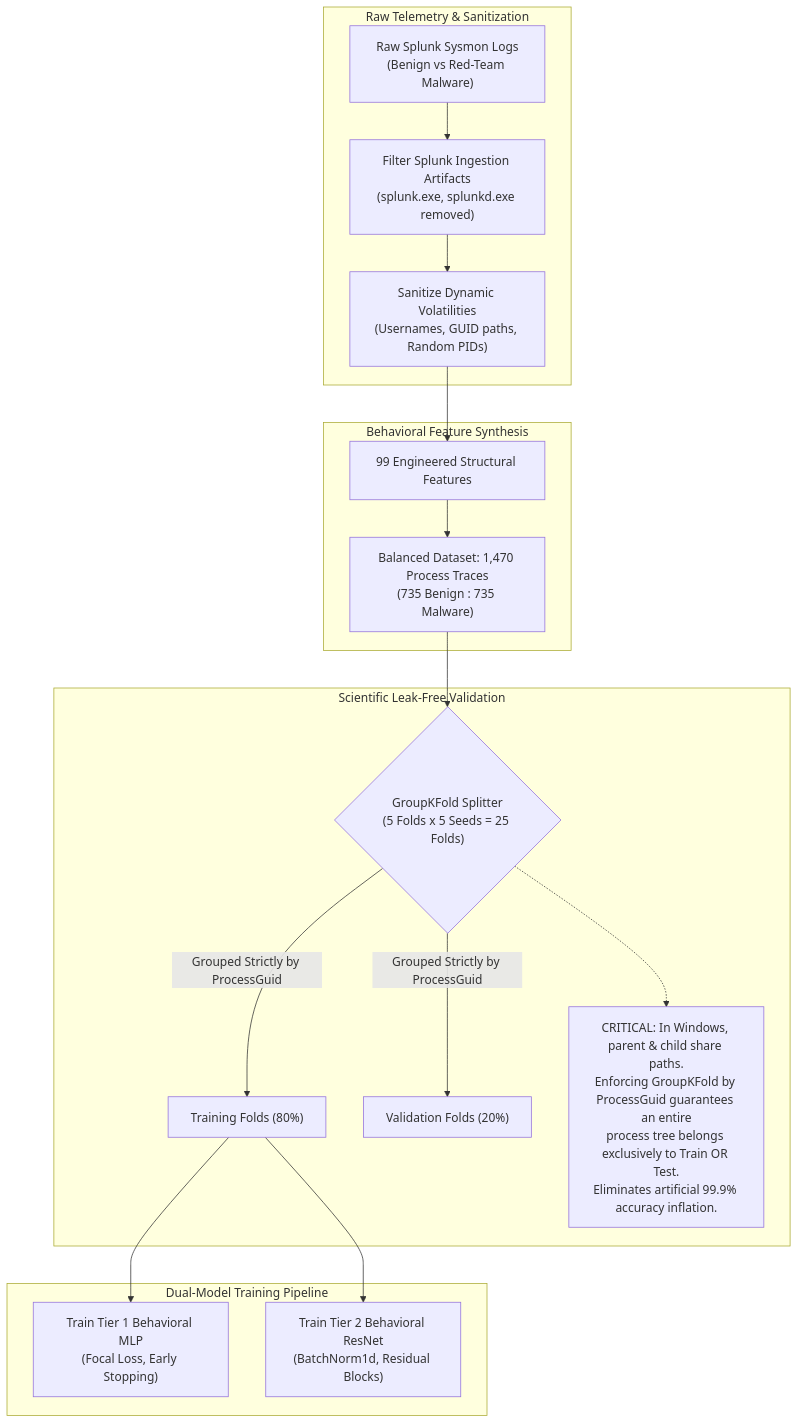
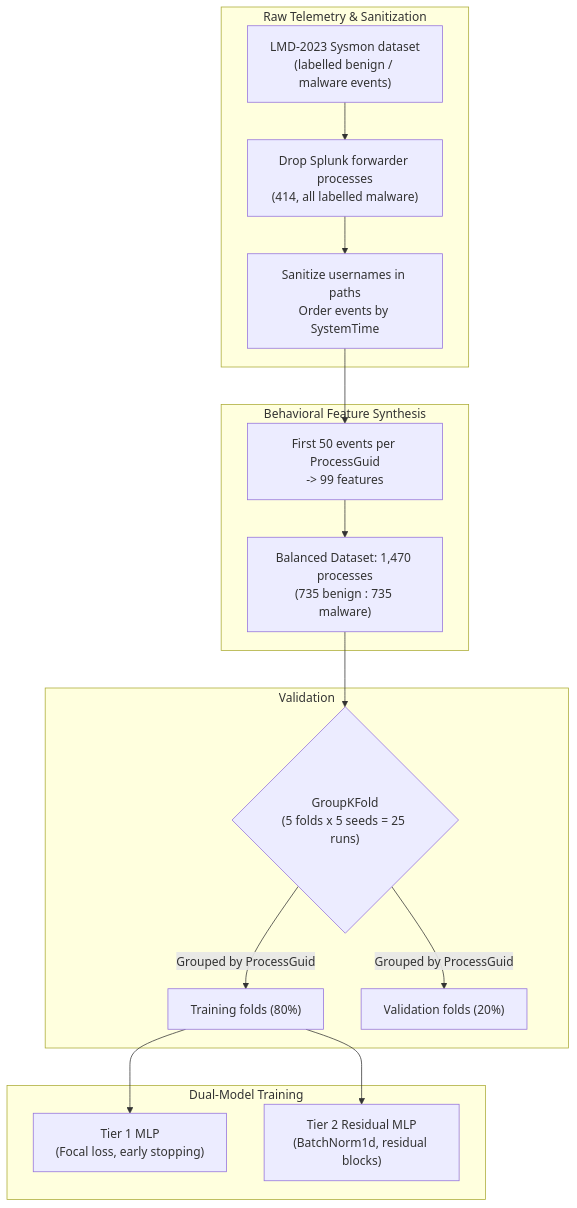
One commit to RKG765/Behavioral-Cyber-Resilient-Detection-Framework-for-Early-Detection-of-Ransomware-Attacks changed the sixth of 8 diagrams in README.md. Above: the diagram before and after it, drawn with Mermaid. The commit also changed other lines of this file and 2 other files, not shown here.

````diff
--- a/README.md
+++ b/README.md
@@ -495,26 +467,23 @@
 ```mermaid
 flowchart TD
     subgraph RawData["Raw Telemetry & Sanitization"]
-        R1["Raw Splunk Sysmon Logs\n(Benign vs Red-Team Malware)"] --> S1["Filter Splunk Ingestion Artifacts\n(splunk.exe, splunkd.exe removed)"]
-        S1 --> S2["Sanitize Dynamic Volatilities\n(Usernames, GUID paths, Random PIDs)"]
+        R1["LMD-2023 Sysmon dataset\n(labelled benign / malware events)"] --> S1["Drop Splunk forwarder processes\n(414, all labelled malware)"]
+        S1 --> S2["Sanitize usernames in paths\nOrder events by SystemTime"]
     end
 
     subgraph FeatureEngineering["Behavioral Feature Synthesis"]
-        S2 --> F1["99 Engineered Structural Features"]
-        F1 --> M1["Balanced Dataset: 1,470 Process Traces\n(735 Benign : 735 Malware)"]
+        S2 --> F1["First 50 events per ProcessGuid\n-> 99 features"]
+        F1 --> M1["Balanced Dataset: 1,470 processes\n(735 benign : 735 malware)"]
     end
 
-    subgraph GroupSplitting["Scientific Leak-Free Validation"]
-        M1 --> G1{"GroupKFold Splitter\n(5 Folds x 5 Seeds = 25 Folds)"}
-        G1 -->|"Grouped Strictly by ProcessGuid"| TR["Training Folds (80%)"]
-        G1 -->|"Grouped Strictly by ProcessGuid"| VA["Validation Folds (20%)"]
-        
-        note1["CRITICAL: In Windows, parent & child share paths.\nEnforcing GroupKFold by ProcessGuid guarantees an entire\nprocess tree belongs exclusively to Train OR Test.\nEliminates artificial 99.9% accuracy inflation."]
-        G1 -.-> note1
+    subgraph GroupSplitting["Validation"]
+        M1 --> G1{"GroupKFold\n(5 folds x 5 seeds = 25 runs)"}
+        G1 -->|"Grouped by ProcessGuid"| TR["Training folds (80%)"]
+        G1 -->|"Grouped by ProcessGuid"| VA["Validation folds (20%)"]
     end
 
-    subgraph Training["Dual-Model Training Pipeline"]
-        TR --> T1Train["Train Tier 1 Behavioral MLP\n(Focal Loss, Early Stopping)"]
-        TR --> T2Train["Train Tier 2 Behavioral ResNet\n(BatchNorm1d, Residual Blocks)"]
+    subgraph Training["Dual-Model Training"]
+        TR --> T1Train["Tier 1 MLP\n(Focal loss, early stopping)"]
+        TR --> T2Train["Tier 2 Residual MLP\n(BatchNorm1d, residual blocks)"]
     end
 ```
````
